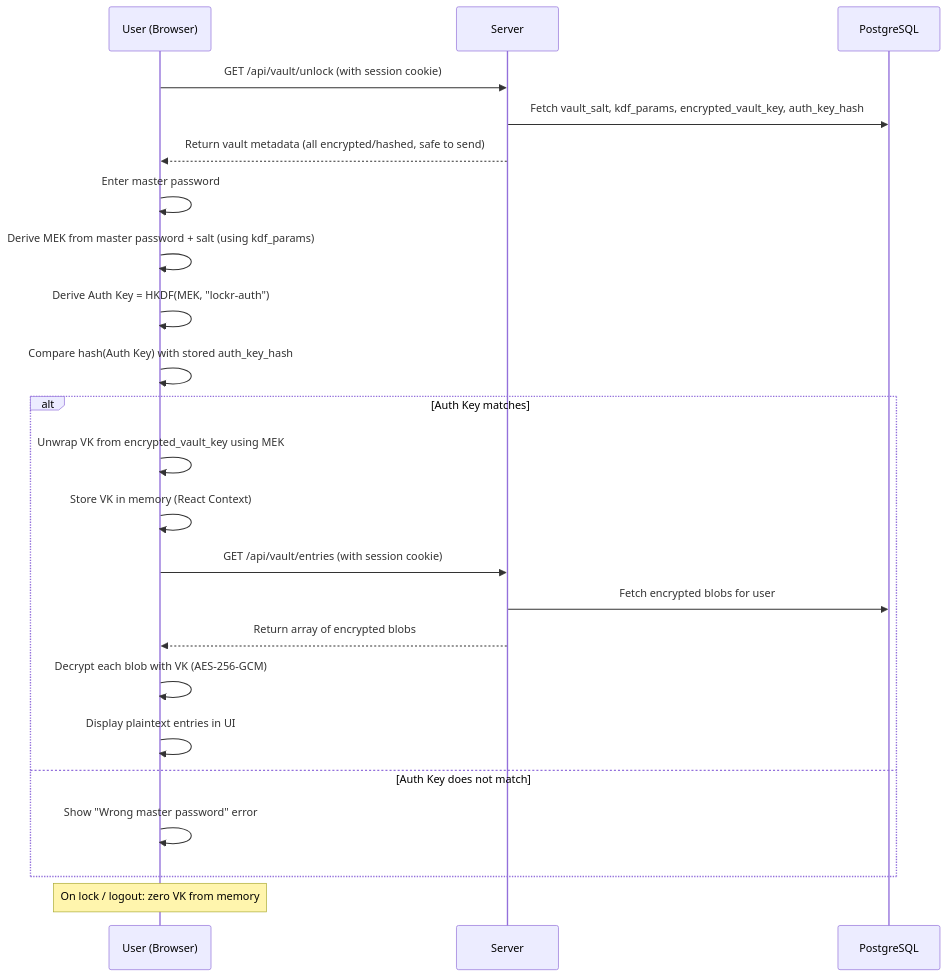
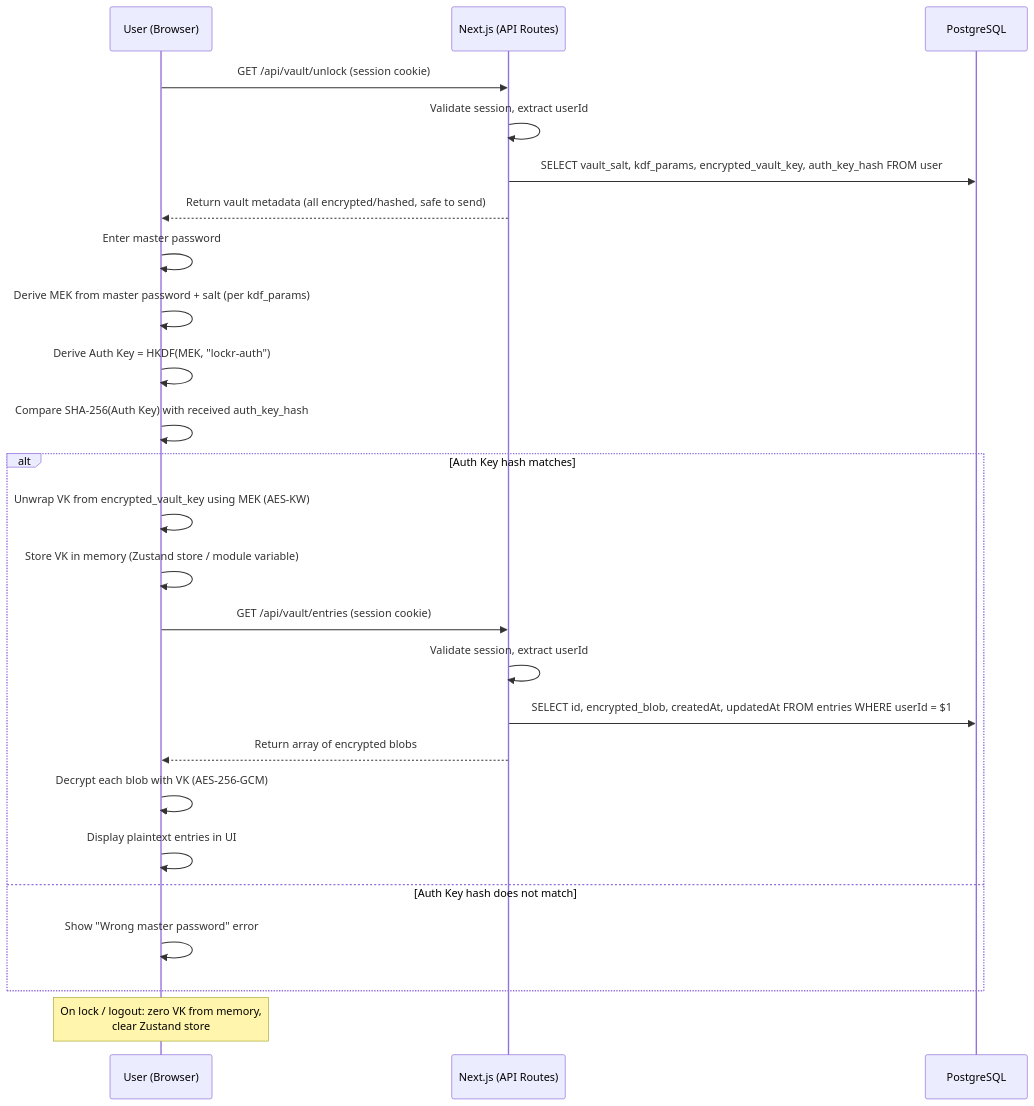
One commit to kunalsinghdadhwal/lockr changed the fifth of 8 diagrams in docs/ARCHITECTURE.md. Above: the diagram before and after it, drawn with Mermaid. The commit also changed other lines of this file, not shown here.

````diff
--- a/docs/ARCHITECTURE.md
+++ b/docs/ARCHITECTURE.md
@@ -135,29 +317,31 @@
 ```mermaid
 sequenceDiagram
     participant U as User (Browser)
-    participant S as Server
+    participant N as Next.js (API Routes)
     participant DB as PostgreSQL
 
-    U->>S: GET /api/vault/unlock (with session cookie)
-    S->>DB: Fetch vault_salt, kdf_params, encrypted_vault_key, auth_key_hash
-    S-->>U: Return vault metadata (all encrypted/hashed, safe to send)
+    U->>N: GET /api/vault/unlock (session cookie)
+    N->>N: Validate session, extract userId
+    N->>DB: SELECT vault_salt, kdf_params, encrypted_vault_key, auth_key_hash FROM user
+    N-->>U: Return vault metadata (all encrypted/hashed, safe to send)
 
     U->>U: Enter master password
-    U->>U: Derive MEK from master password + salt (using kdf_params)
+    U->>U: Derive MEK from master password + salt (per kdf_params)
     U->>U: Derive Auth Key = HKDF(MEK, "lockr-auth")
-    U->>U: Compare hash(Auth Key) with stored auth_key_hash
+    U->>U: Compare SHA-256(Auth Key) with received auth_key_hash
 
-    alt Auth Key matches
-        U->>U: Unwrap VK from encrypted_vault_key using MEK
-        U->>U: Store VK in memory (React Context)
-        U->>S: GET /api/vault/entries (with session cookie)
-        S->>DB: Fetch encrypted blobs for user
-        S-->>U: Return array of encrypted blobs
+    alt Auth Key hash matches
+        U->>U: Unwrap VK from encrypted_vault_key using MEK (AES-KW)
+        U->>U: Store VK in memory (Zustand store / module variable)
+        U->>N: GET /api/vault/entries (session cookie)
+        N->>N: Validate session, extract userId
+        N->>DB: SELECT id, encrypted_blob, createdAt, updatedAt FROM entries WHERE userId = $1
+        N-->>U: Return array of encrypted blobs
         U->>U: Decrypt each blob with VK (AES-256-GCM)
         U->>U: Display plaintext entries in UI
-    else Auth Key does not match
+    else Auth Key hash does not match
         U->>U: Show "Wrong master password" error
     end
 
-    Note over U: On lock / logout: zero VK from memory
+    Note over U: On lock / logout: zero VK from memory,<br/>clear Zustand store
 ```
````
